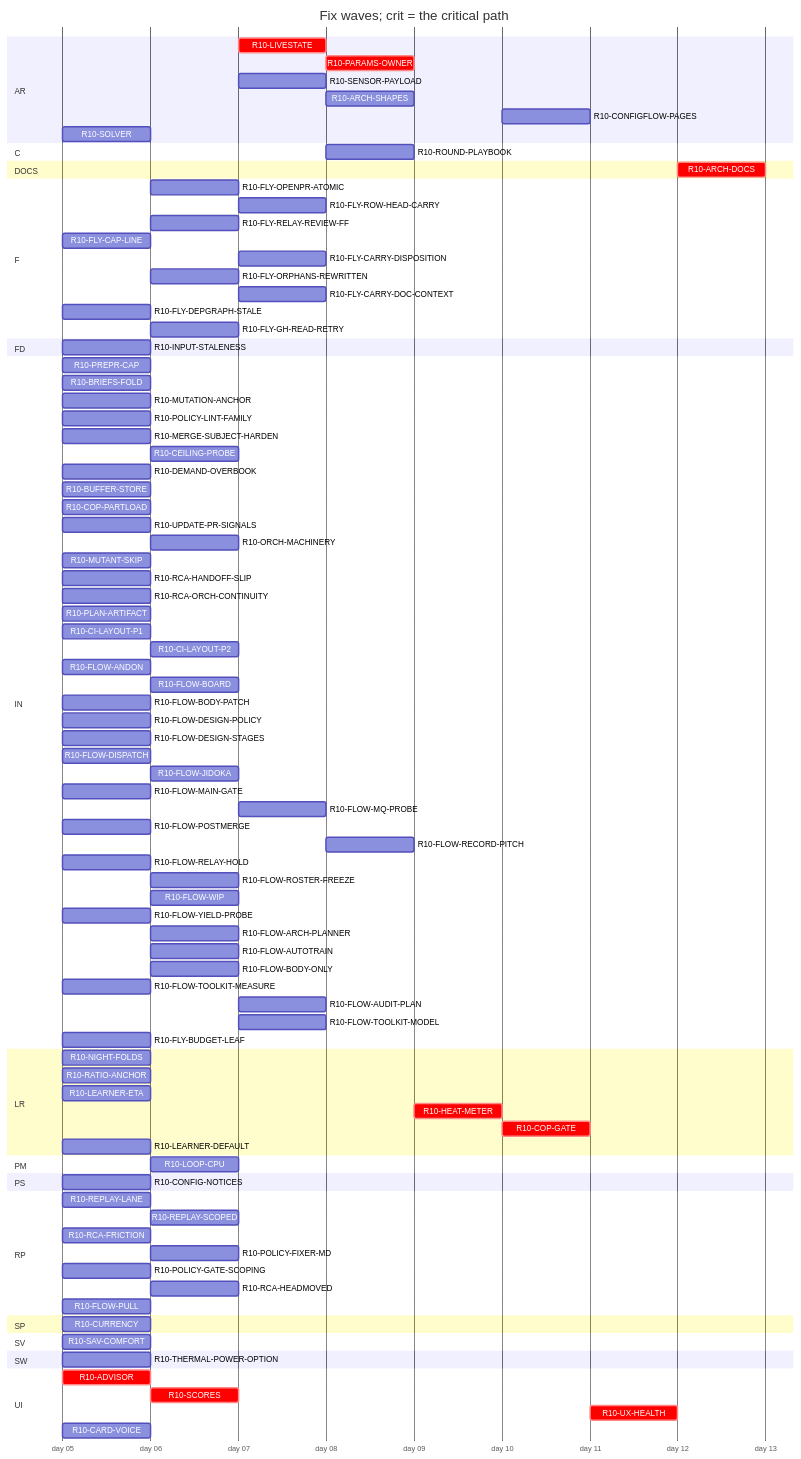
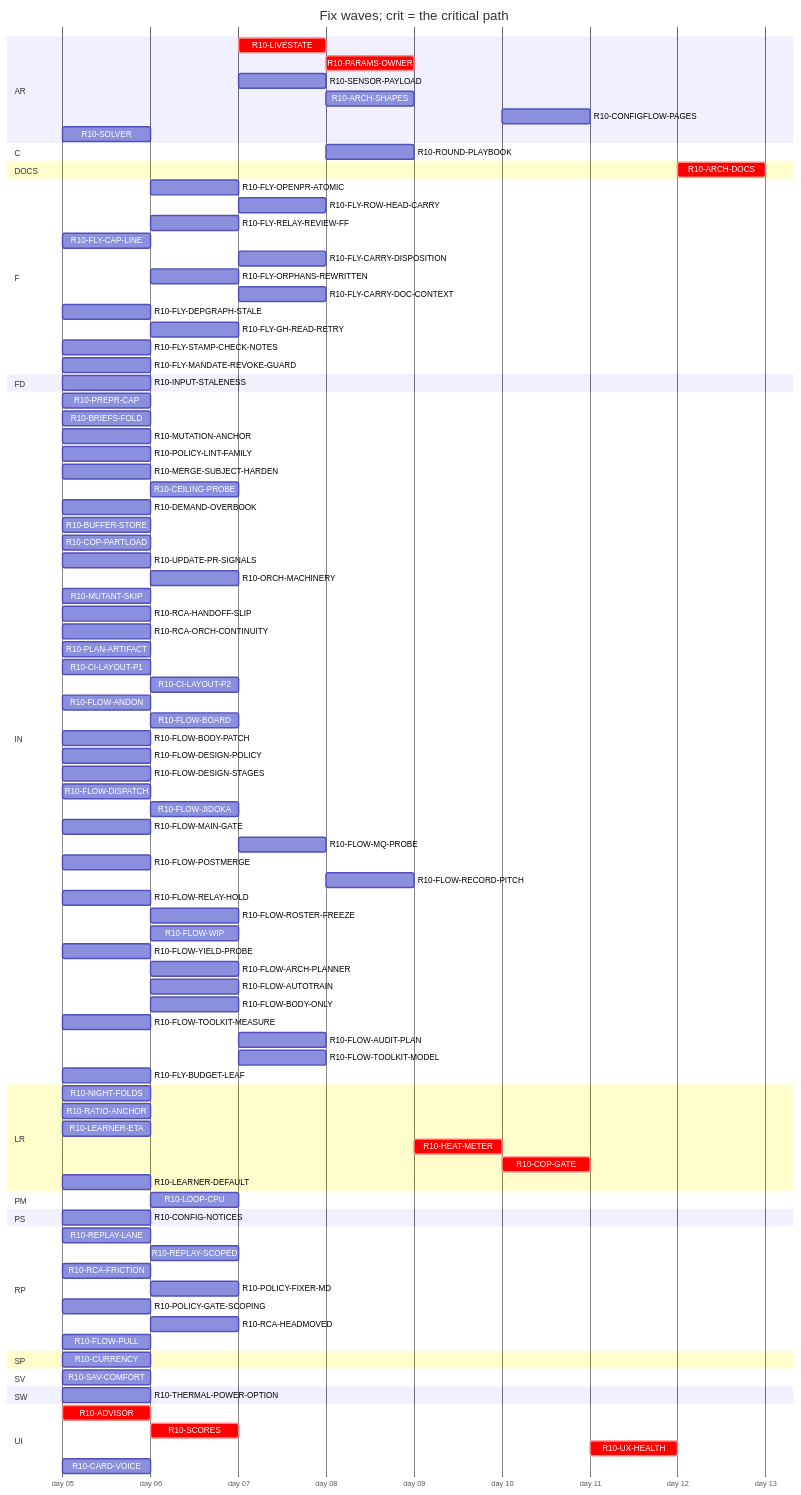
Before and after one commit to tvofi/heatpump_optimizer: the diagram in handoff/round10/state/PLAN-TABLE.md, drawn with Mermaid. The commit also changed other lines of this file and 2 other files, not shown here.

```diff
--- a/handoff/round10/state/PLAN-TABLE.md
+++ b/handoff/round10/state/PLAN-TABLE.md
@@ -50,6 +50,8 @@
     R10-FLY-CARRY-DOC-CONTEXT :r10FLYCARRYDOCCONTEXT, after r10FLYGHREADRETRY, 1d
     R10-FLY-DEPGRAPH-STALE :r10FLYDEPGRAPHSTALE, 2026-01-05, 1d
     R10-FLY-GH-READ-RETRY :r10FLYGHREADRETRY, after r10CILAYOUTP1 r10FLOWMAINGATE r10UPDATEPRSIGNALS, 1d
+    R10-FLY-STAMP-CHECK-NOTES :r10FLYSTAMPCHECKNOTES, 2026-01-05, 1d
+    R10-FLY-MANDATE-REVOKE-GUARD :r10FLYMANDATEREVOKEGUARD, 2026-01-05, 1d
   section FD
     R10-INPUT-STALENESS :r10INPUTSTALENESS, 2026-01-05, 1d
   section IN
```
